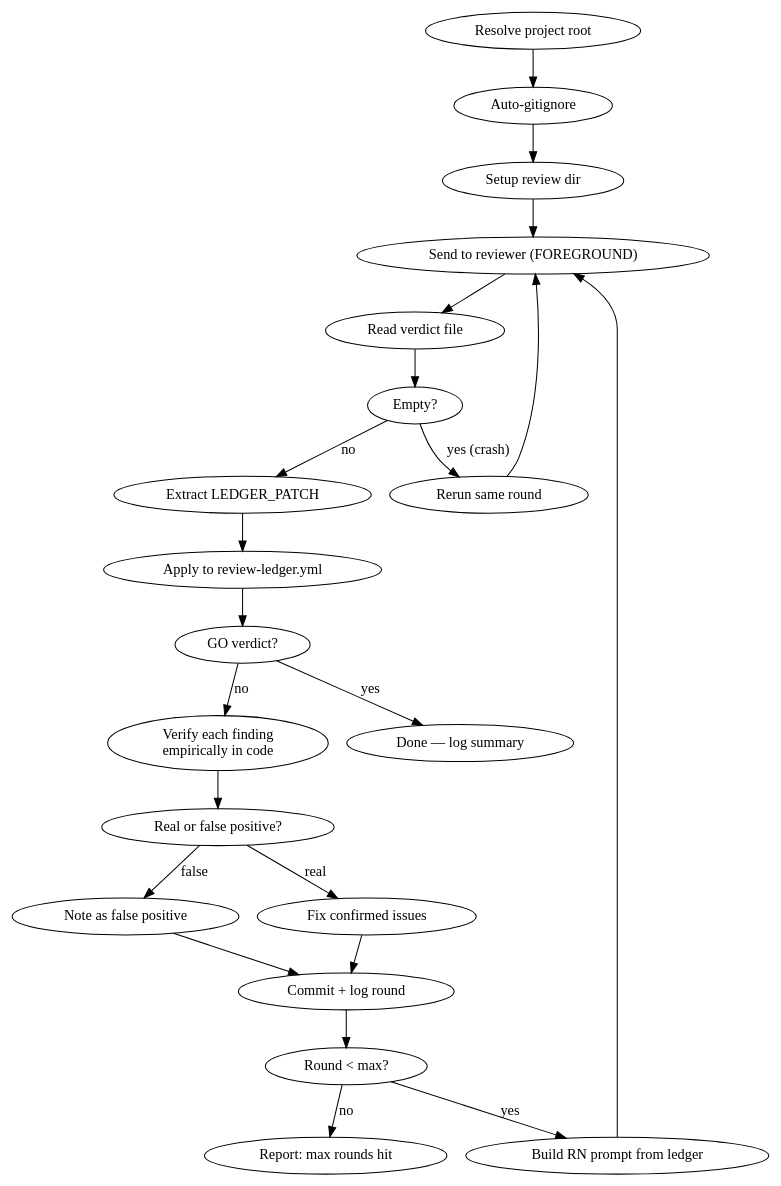
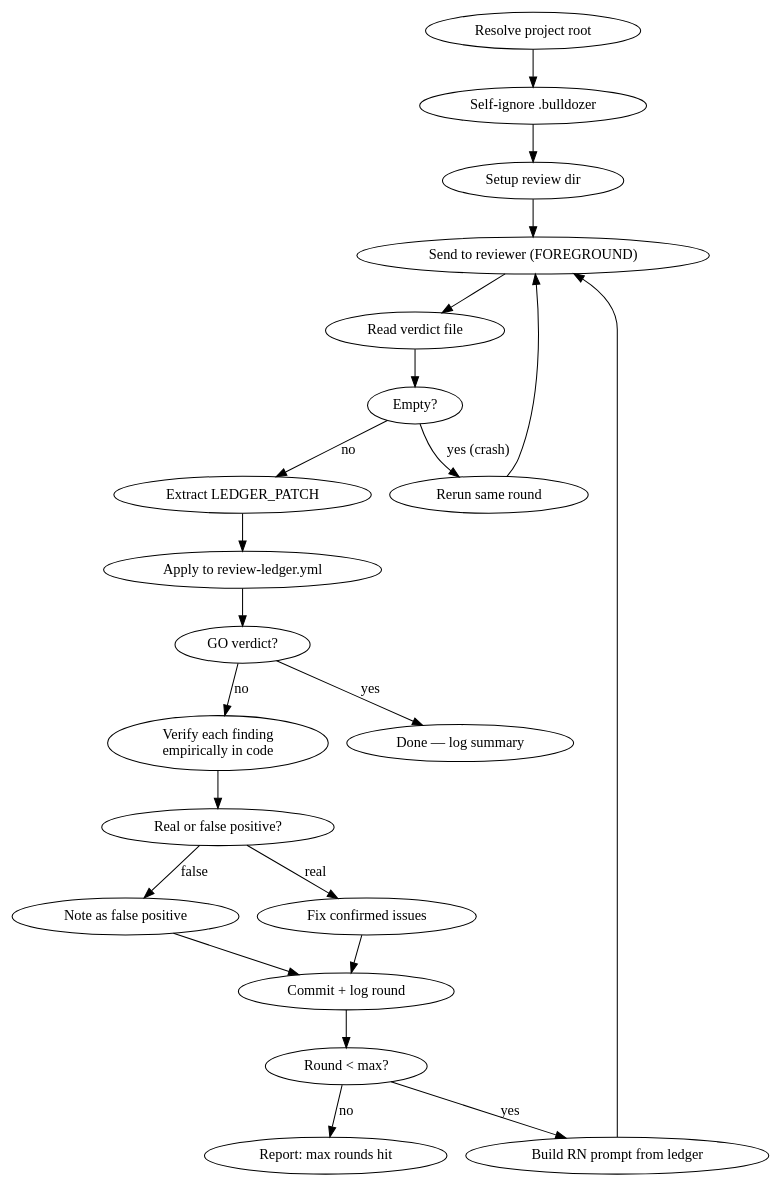
One commit to A3IO/jaine-custom-marketplace changed the diagram in plugins/bulldozer/skills/check/SKILL.md. Above: the diagram before and after it, drawn with Graphviz. The commit also changed other lines of this file and 13 other files, not shown here.

````diff
--- a/plugins/bulldozer/skills/check/SKILL.md
+++ b/plugins/bulldozer/skills/check/SKILL.md
@@ -47,26 +119,26 @@
 ```dot
 digraph review_loop {
   rankdir=TB;
-  "Resolve project root" -> "Auto-gitignore";
-  "Auto-gitignore" -> "Setup review dir";
+  "Resolve project root" -> "Self-ignore .bulldozer";
+  "Self-ignore .bulldozer" -> "Setup review dir";
   "Setup review dir" -> "Send to reviewer (FOREGROUND)";
   "Send to reviewer (FOREGROUND)" -> "Read verdict file";
   "Read verdict file" -> "Empty?" [label=""];
   "Empty?" -> "Rerun same round" [label="yes (crash)"];
   "Rerun same round" -> "Send to reviewer (FOREGROUND)";
   "Empty?" -> "Extract LEDGER_PATCH" [label="no"];
   "Extract LEDGER_PATCH" -> "Apply to review-ledger.yml";
   "Apply to review-ledger.yml" -> "GO verdict?";
   "GO verdict?" -> "Done — log summary" [label="yes"];
   "GO verdict?" -> "Verify each finding\nempirically in code" [label="no"];
   "Verify each finding\nempirically in code" -> "Real or false positive?";
   "Real or false positive?" -> "Fix confirmed issues" [label="real"];
   "Real or false positive?" -> "Note as false positive" [label="false"];
   "Fix confirmed issues" -> "Commit + log round";
   "Note as false positive" -> "Commit + log round";
   "Commit + log round" -> "Round < max?" [label=""];
   "Round < max?" -> "Build RN prompt from ledger" [label="yes"];
   "Build RN prompt from ledger" -> "Send to reviewer (FOREGROUND)";
   "Round < max?" -> "Report: max rounds hit" [label="no"];
 }
 ```
````
